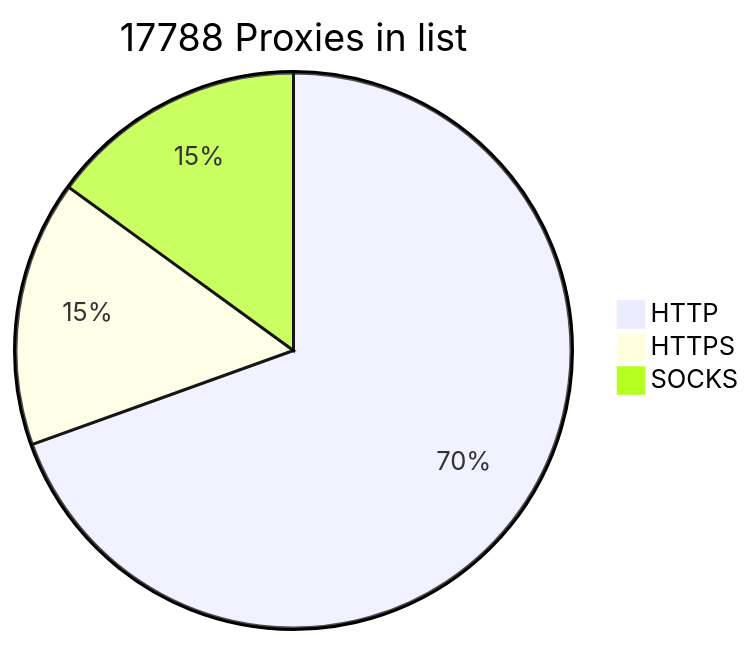
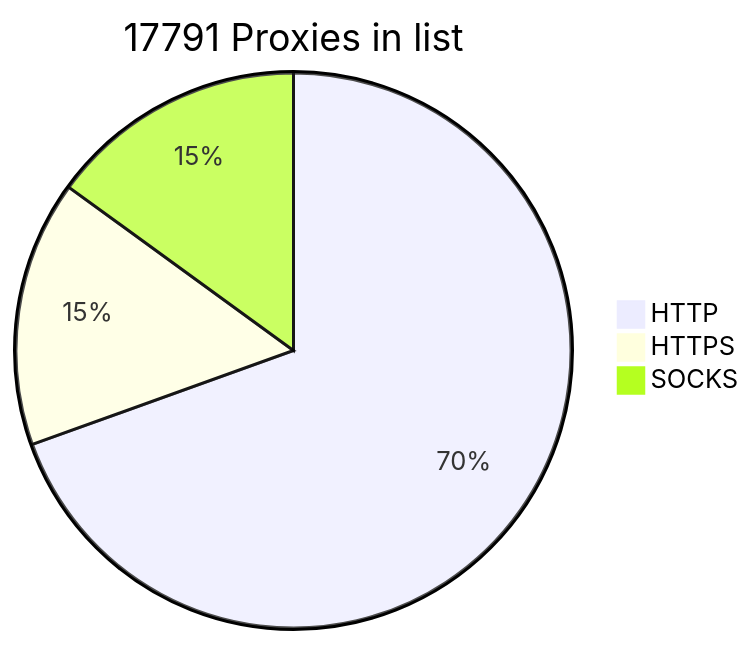
The diagram in README.md (BlackSnowDot/proxylist-update-every-minute), drawn with Mermaid before and after one commit.

````diff
--- a/README.md
+++ b/README.md
@@ -2,6 +2,6 @@
 ```mermaid
-pie title 17788 Proxies in list
-    "HTTP" : 13317
-    "HTTPS": 2968
+pie title 17791 Proxies in list
+    "HTTP" : 13320
+    "HTTPS": 2969
     "SOCKS" : 2874
 ```
````
